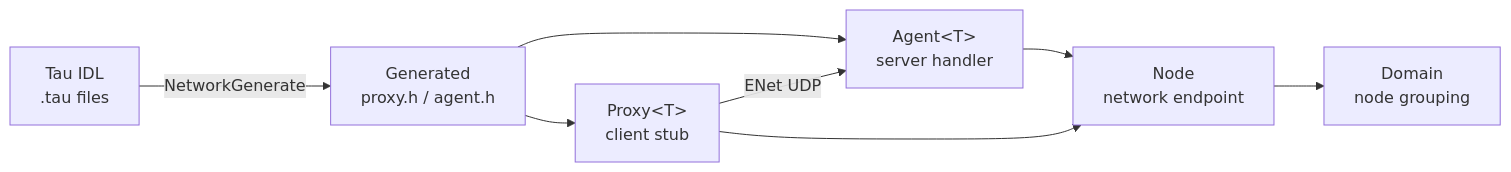
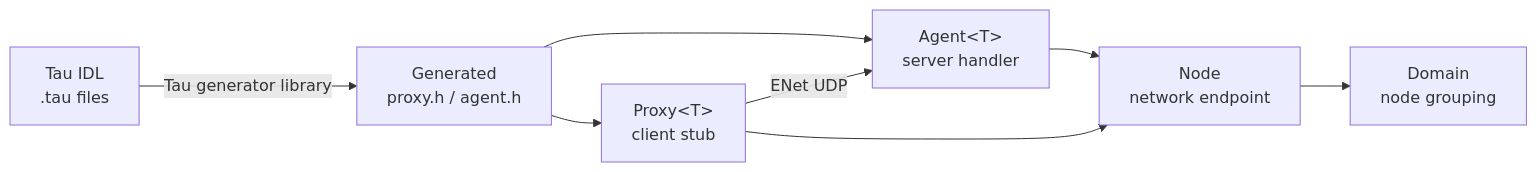
The diagram in Doc/NetworkDocumentation.md (cschladetsch/CppKAI), drawn with Mermaid before and after one commit. The commit also changed other lines of this file and 14 other files, not shown here.

````diff
--- a/Doc/NetworkDocumentation.md
+++ b/Doc/NetworkDocumentation.md
@@ -7,10 +7,10 @@
 ```mermaid
 graph LR
-    TAU[Tau IDL<br/>.tau files] -->|NetworkGenerate| GEN[Generated<br/>proxy.h / agent.h]
+    TAU[Tau IDL<br/>.tau files] -->|Tau generator library| GEN[Generated<br/>proxy.h / agent.h]
     GEN --> PROXY[Proxy&lt;T&gt;<br/>client stub]
     GEN --> AGENT[Agent&lt;T&gt;<br/>server handler]
     PROXY -->|ENet UDP| AGENT
     AGENT --> NODE[Node<br/>network endpoint]
     PROXY --> NODE
     NODE --> DOMAIN[Domain<br/>node grouping]
 ```
````
